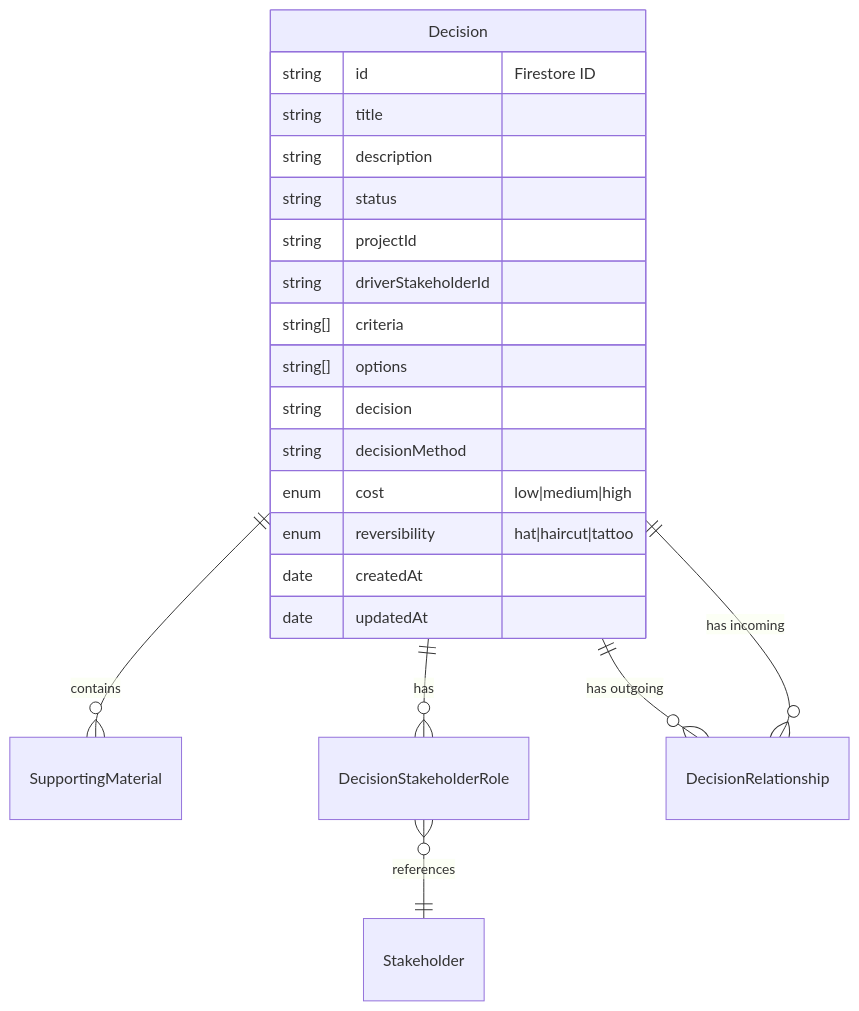
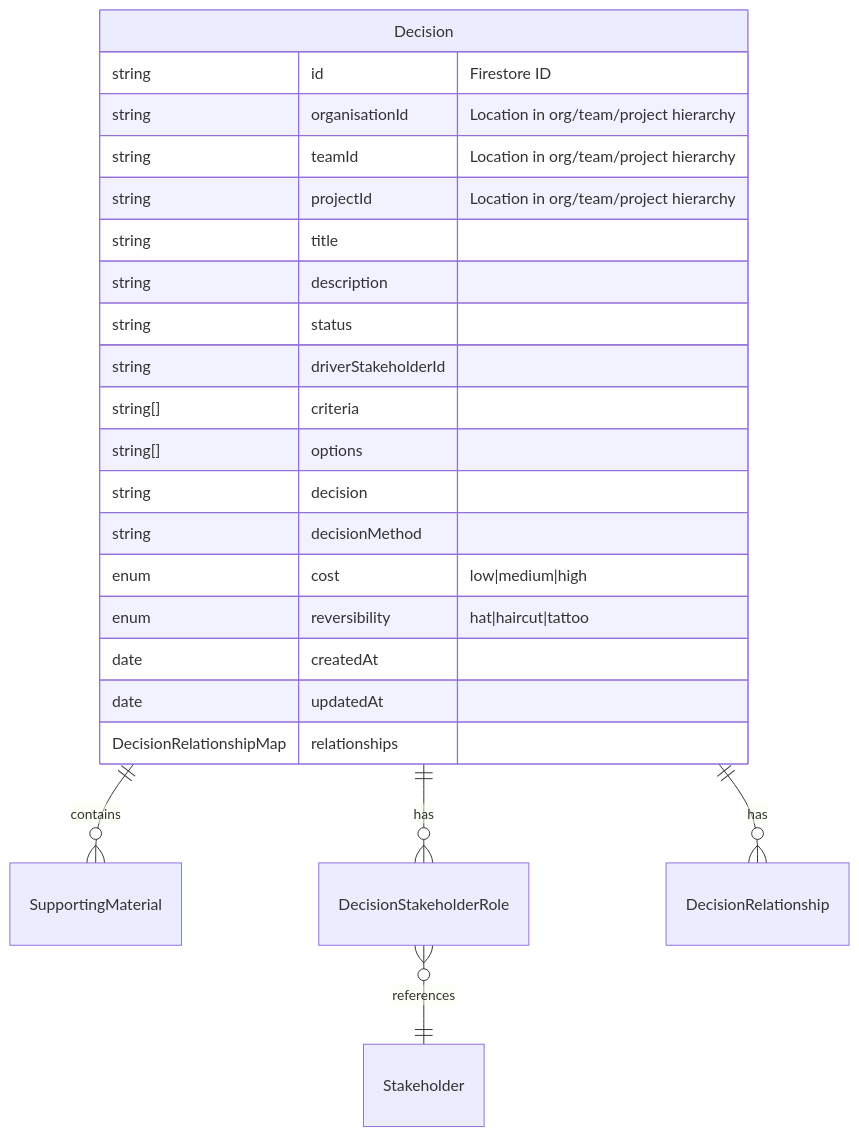
The diagram in docs/domain/decision.md (wellmaintained/decision-copilot), drawn with Mermaid before and after one commit. The commit also changed other lines of this file and 1 other file, not shown here.

First line of the commit message:
feat: Update Decision docs

````diff
--- a/docs/domain/decision.md
+++ b/docs/domain/decision.md
@@ -9,24 +9,26 @@
 ```mermaid
 erDiagram
     Decision {
         string id "Firestore ID"
+        string organisationId "Location in org/team/project hierarchy"
+        string teamId "Location in org/team/project hierarchy"
+        string projectId "Location in org/team/project hierarchy"
         string title
         string description
         string status
-        string projectId
         string driverStakeholderId
         string[] criteria
         string[] options
         string decision
         string decisionMethod
         enum cost "low|medium|high"
         enum reversibility "hat|haircut|tattoo"
         date createdAt
         date updatedAt
+        DecisionRelationshipMap relationships
     }
     Decision ||--o{ SupportingMaterial : contains
     Decision ||--o{ DecisionStakeholderRole : has
     DecisionStakeholderRole }o--|| Stakeholder : references
-    Decision ||--o{ DecisionRelationship : "has outgoing"
-    Decision ||--o{ DecisionRelationship : "has incoming"
+    Decision ||--o{ DecisionRelationship : "has"
 ```
````
